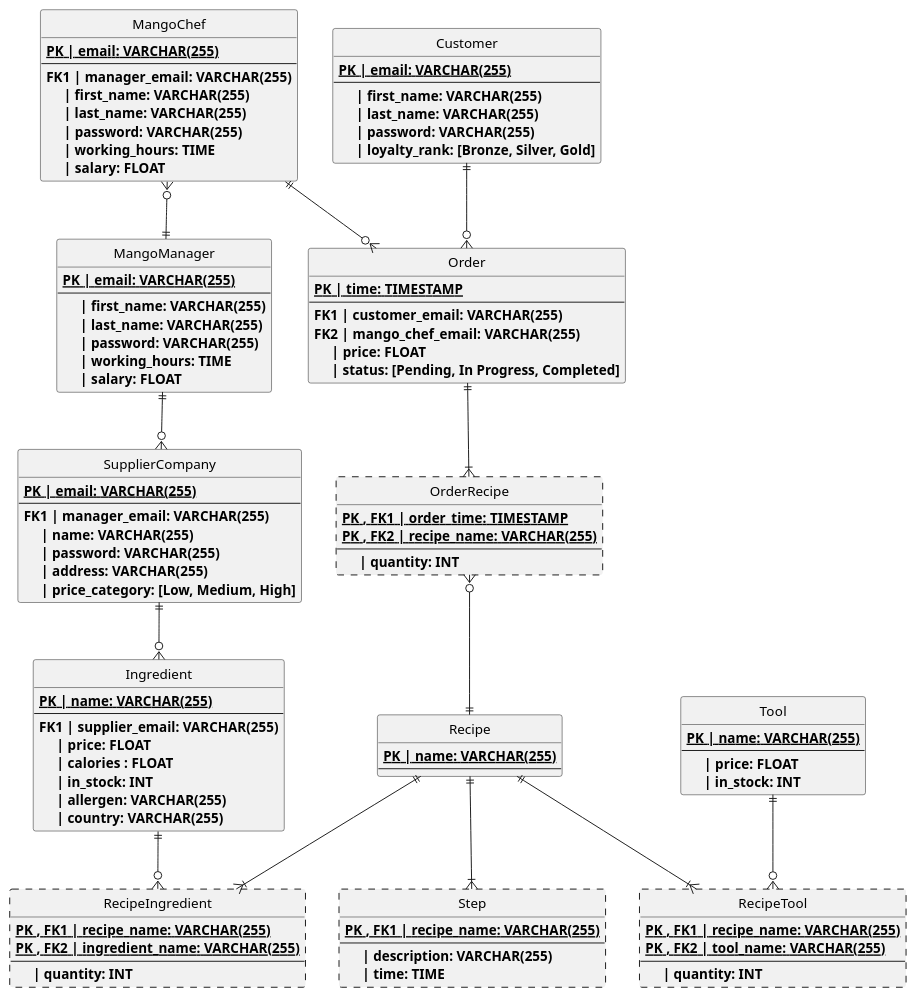
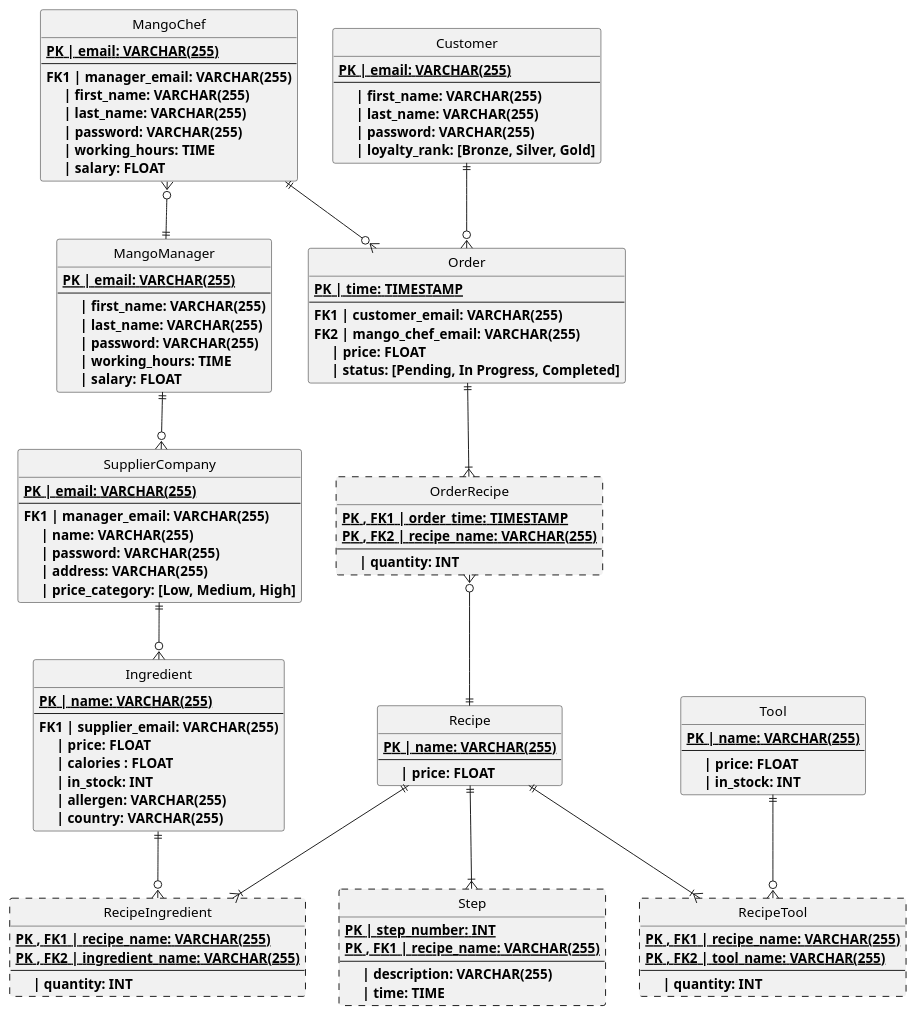
One commit to MorganKryze/MangoDB changed the diagram in Diagrams/src/Table.puml. Above: the diagram before and after it, drawn with PlantUML. The commit also changed 1 other file, not shown here.

Commit message:
📖 update diagrams

```diff
--- a/Diagrams/src/Table.puml
+++ b/Diagrams/src/Table.puml
@@ -1,133 +1,135 @@
 @startuml Diagram of MangoDB
 Hide circle
 
 entity Customer
 {
     {static}<b>PK | email: VARCHAR(255)
     --
     <b>     | first_name: VARCHAR(255)
     <b>     | last_name: VARCHAR(255)
     <b>     | password: VARCHAR(255)
     <b>     | loyalty_rank: [Bronze, Silver, Gold]
 }
 
 entity Order
 {
     {static}<b>PK | time: TIMESTAMP
     --
     <b>FK1 | customer_email: VARCHAR(255)
     <b>FK2 | mango_chef_email: VARCHAR(255)
     <b>     | price: FLOAT
     <b>     | status: [Pending, In Progress, Completed]
 }
 
 entity OrderRecipe ##[dashed]
 {
     {static}<b>PK , FK1 | order_time: TIMESTAMP
     {static}<b>PK , FK2 | recipe_name: VARCHAR(255)
     --
     <b>     | quantity: INT
 }
 
 entity Recipe
 {
     {static}<b>PK | name: VARCHAR(255)
     --
+    <b>     | price: FLOAT
 }
 
 entity Step ##[dashed]
 {
+    {static}<b>PK | step_number: INT
     {static}<b>PK , FK1 | recipe_name: VARCHAR(255)
     --
     <b>     | description: VARCHAR(255)
     <b>     | time: TIME
 }
 
 entity RecipeIngredient ##[dashed]
 {
     {static}<b>PK , FK1 | recipe_name: VARCHAR(255)
     {static}<b>PK , FK2 | ingredient_name: VARCHAR(255)
     --
     <b>     | quantity: INT
 }
 
 entity RecipeTool ##[dashed]
 {
     {static}<b>PK , FK1 | recipe_name: VARCHAR(255)
     {static}<b>PK , FK2 | tool_name: VARCHAR(255)
     --
     <b>     | quantity: INT
 }
 
 entity Ingredient
 {
     {static}<b>PK | name: VARCHAR(255)
     --
     <b>FK1 | supplier_email: VARCHAR(255) 
     <b>     | price: FLOAT
     <b>     | calories : FLOAT
     <b>     | in_stock: INT
     <b>     | allergen: VARCHAR(255)
     <b>     | country: VARCHAR(255)
 }
 
 entity Tool
 {
     {static}<b>PK | name: VARCHAR(255)
     --
     <b>     | price: FLOAT
     <b>     | in_stock: INT
 }
 
 
 entity SupplierCompany
 {   
     {static}<b>PK | email: VARCHAR(255)
     --
     <b>FK1 | manager_email: VARCHAR(255)
     <b>     | name: VARCHAR(255)
     <b>     | password: VARCHAR(255)
     <b>     | address: VARCHAR(255)
     <b>     | price_category: [Low, Medium, High]
 }
 
 entity MangoChef
 {
     {static}<b>PK | email: VARCHAR(255)
     --
     <b>FK1 | manager_email: VARCHAR(255)
     <b>     | first_name: VARCHAR(255)
     <b>     | last_name: VARCHAR(255)
     <b>     | password: VARCHAR(255)
     <b>     | working_hours: TIME
     <b>     | salary: FLOAT
 }
 
 entity MangoManager
 {
     {static}<b>PK | email: VARCHAR(255)
     --
     <b>     | first_name: VARCHAR(255)
     <b>     | last_name: VARCHAR(255)
     <b>     | password: VARCHAR(255)
     <b>     | working_hours: TIME
     <b>     | salary: FLOAT
 }
 
 MangoManager ||-down-o{ SupplierCompany
 MangoManager ||-up-o{ MangoChef
 MangoChef ||-right-o{ Order
 
 SupplierCompany ||-down-o{ Ingredient
 
 Customer ||-down-o{ Order
 Order  ||-down-|{ OrderRecipe
 
 Recipe ||-down-|{ RecipeIngredient
 RecipeIngredient }o-up-|| Ingredient
 Recipe ||-down-|{ RecipeTool
 RecipeTool }o-up-|| Tool
 
 Recipe ||-down-|{ Step
 Recipe ||-up-o{ OrderRecipe
 @enduml
```
